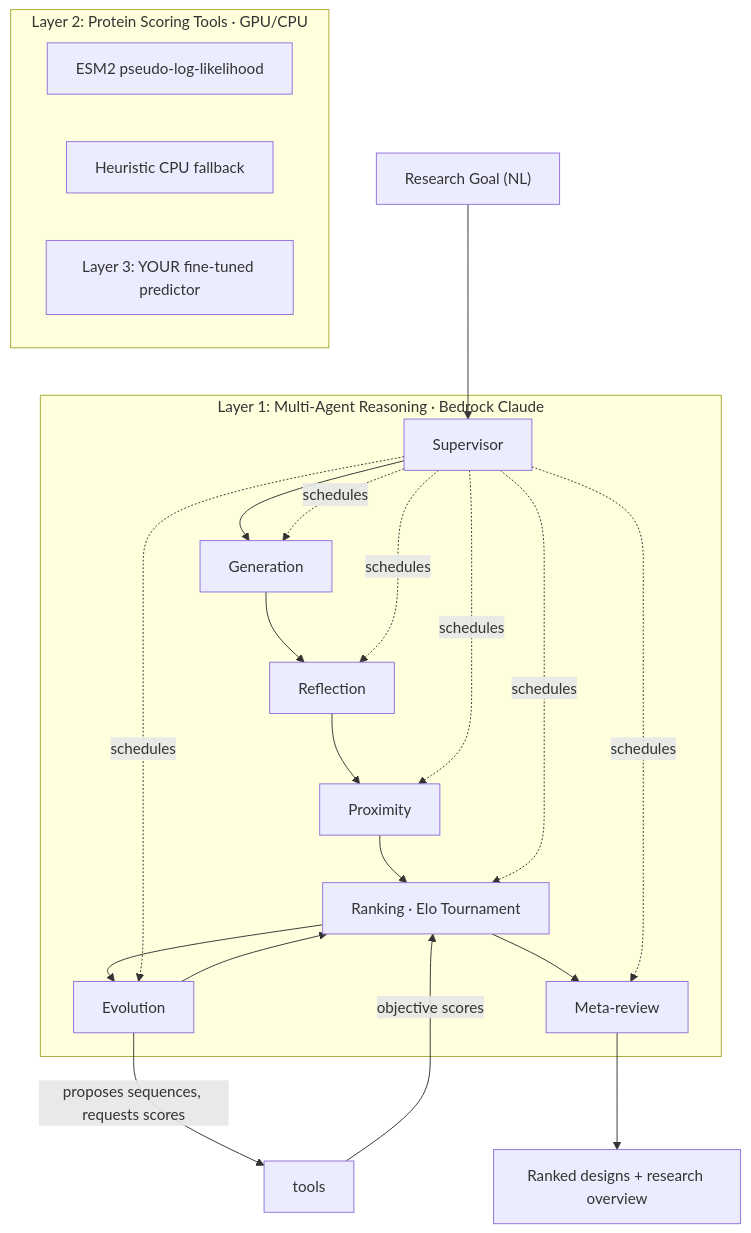
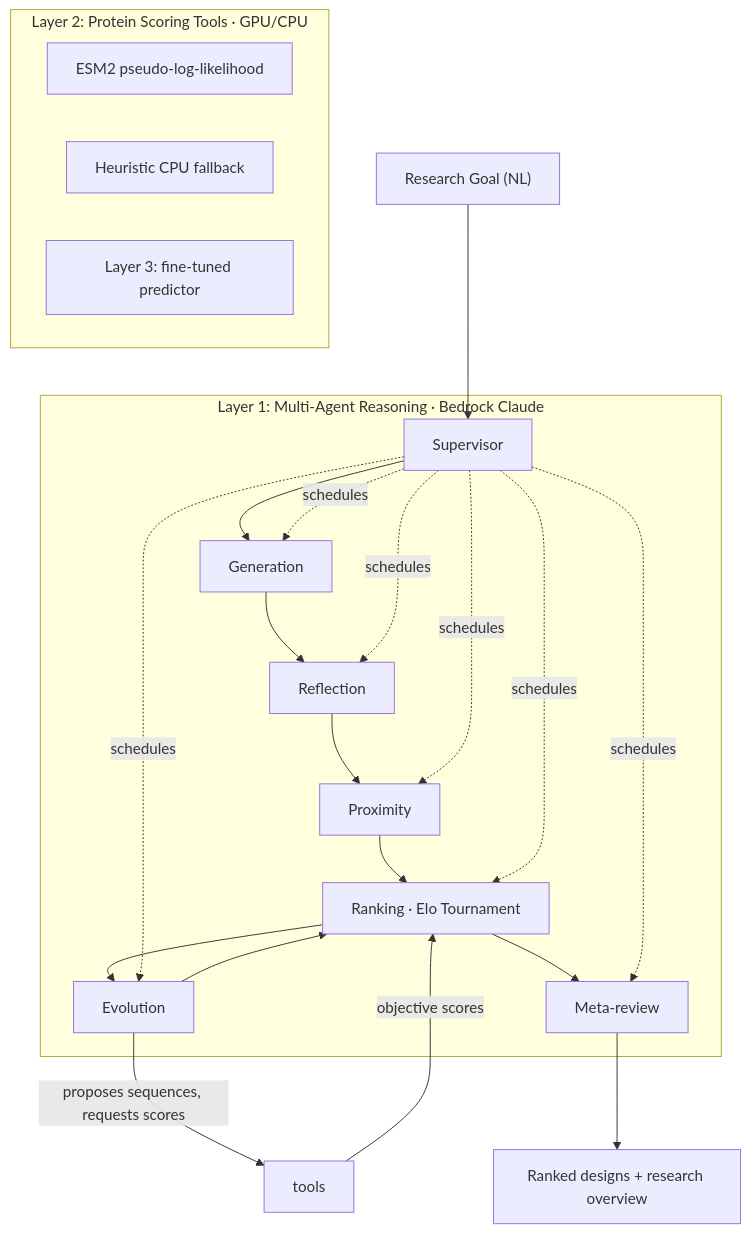
One commit to shengyongniu/ai-coscientist-protein changed the diagram in README.md. Above: the diagram before and after it, drawn with Mermaid. The commit also changed other lines of this file and 1 other file, not shown here.

````diff
--- a/README.md
+++ b/README.md
@@ -44,19 +44,19 @@
 ```mermaid
 flowchart TD
     goal["Research Goal (NL)"] --> sup[Supervisor]
     subgraph L1 [Layer 1: Multi-Agent Reasoning · Bedrock Claude]
       sup --> gen[Generation] --> ref[Reflection] --> prox[Proximity]
       prox --> rank[Ranking · Elo Tournament]
       rank --> evo[Evolution] --> rank
       rank --> meta[Meta-review]
     end
     evo -->|proposes sequences, requests scores| tools
     subgraph L2 [Layer 2: Protein Scoring Tools · GPU/CPU]
       esm[ESM2 pseudo-log-likelihood]
       heur[Heuristic CPU fallback]
-      mymodel["Layer 3: YOUR fine-tuned predictor"]
+      mymodel["Layer 3: fine-tuned predictor"]
     end
     tools -->|objective scores| rank
     meta --> overview["Ranked designs + research overview"]
     sup -.schedules.-> gen & ref & rank & evo & prox & meta
 ```
````
